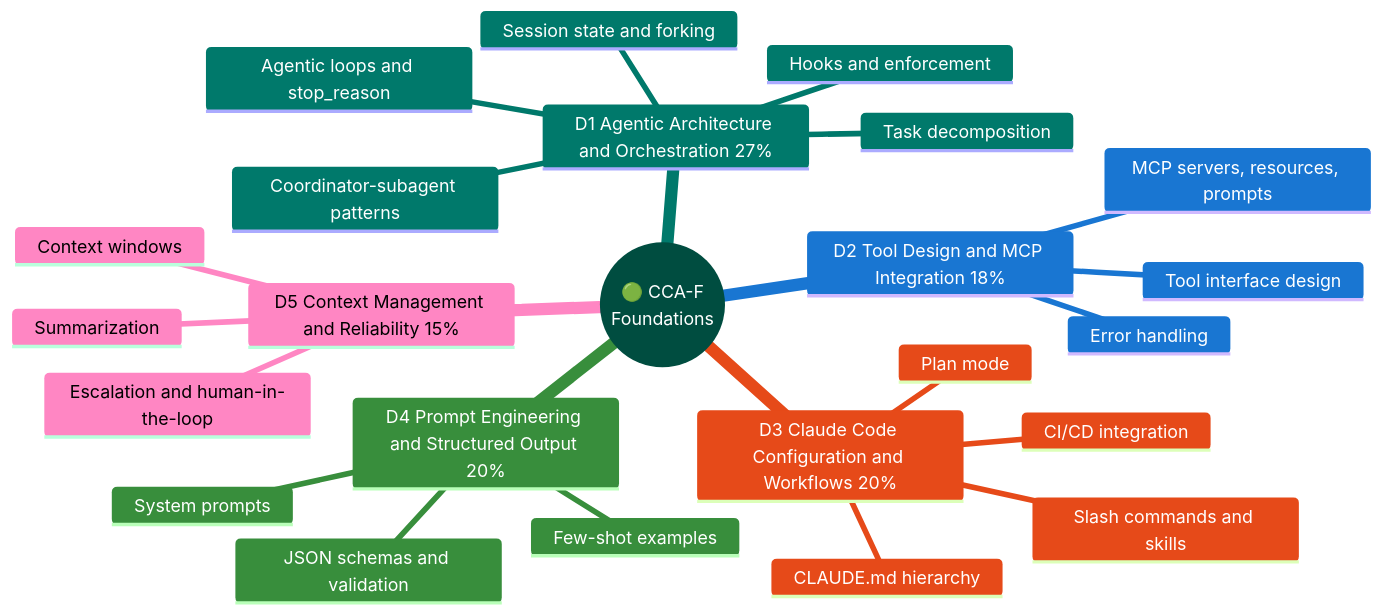
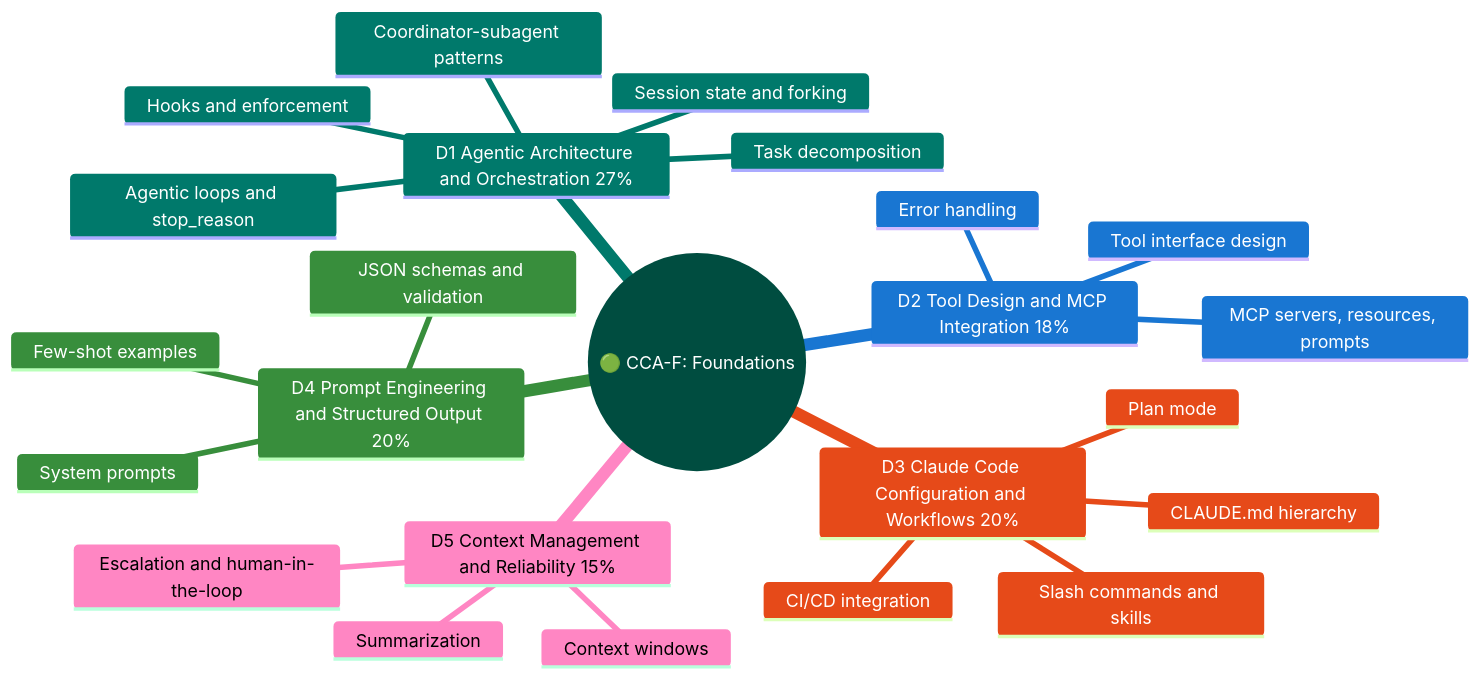
Before and after one commit to parmar-m/claude-architect-certification-prep: the diagram in CCA-F/README.md, drawn with Mermaid. The commit also changed other lines of this file and 25 other files, not shown here.

````diff
--- a/CCA-F/README.md
+++ b/CCA-F/README.md
@@ -5,28 +5,28 @@
 ```mermaid
 %%{init: {"themeVariables": {"git0": "#004D40", "gitBranchLabel0": "#ffffff", "cScale0": "#512DA8", "cScale1": "#00796B", "cScale2": "#1976D2", "cScale3": "#E64A19", "cScale4": "#388E3C", "cScaleLabel0": "#ffffff", "cScaleLabel1": "#ffffff", "cScaleLabel2": "#ffffff", "cScaleLabel3": "#ffffff", "cScaleLabel4": "#ffffff"}}}%%
 mindmap
-  root(("🟢 CCA-F<br/>Foundations"))
+  root(("🟢 CCA-F: Foundations"))
     D1 Agentic Architecture and Orchestration 27%
       Agentic loops and stop_reason
       Coordinator-subagent patterns
       Task decomposition
       Hooks and enforcement
       Session state and forking
     D2 Tool Design and MCP Integration 18%
       Tool interface design
       MCP servers, resources, prompts
       Error handling
     D3 Claude Code Configuration and Workflows 20%
       CLAUDE.md hierarchy
       Slash commands and skills
       Plan mode
       CI/CD integration
     D4 Prompt Engineering and Structured Output 20%
       System prompts
       Few-shot examples
       JSON schemas and validation
     D5 Context Management and Reliability 15%
       Context windows
       Summarization
       Escalation and human-in-the-loop
 ```
````
